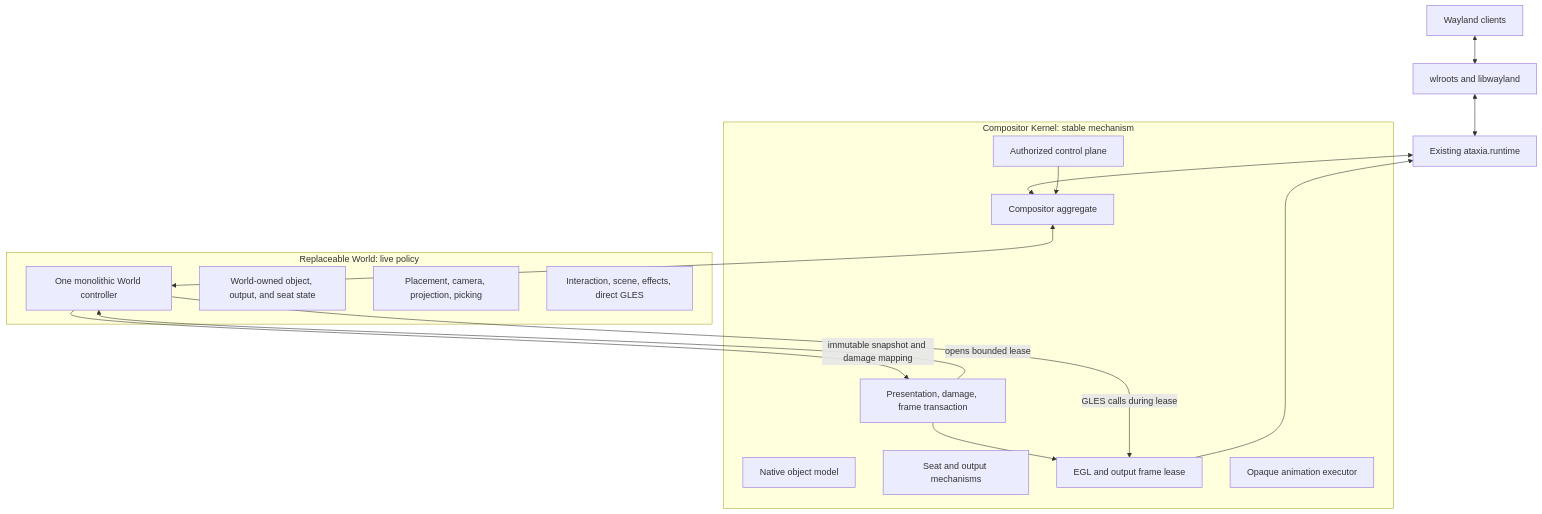
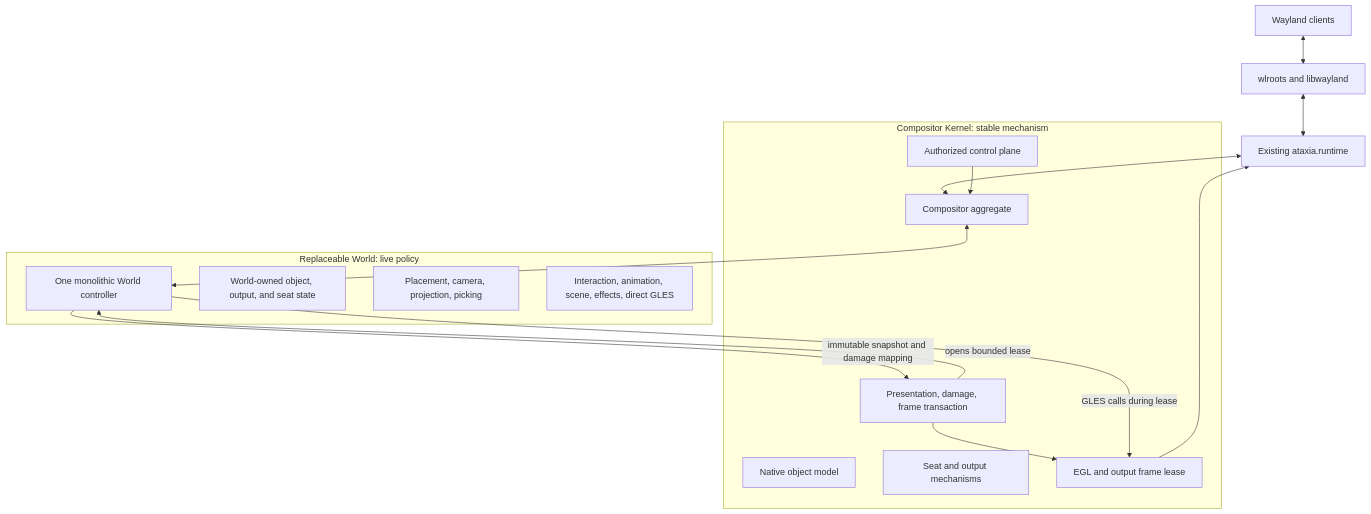
One commit to SeungheonOh/ataxia changed the first of 4 diagrams in docs/POST-RUNTIME-REDESIGN-PLAN.md. Above: the diagram before and after it, drawn with Mermaid. The commit also changed other lines of this file, not shown here.

Commit message:
docs: move animation entirely into world

````diff
--- a/docs/POST-RUNTIME-REDESIGN-PLAN.md
+++ b/docs/POST-RUNTIME-REDESIGN-PLAN.md
@@ -87,31 +87,30 @@
 ```mermaid
 flowchart TD
     CLIENT[Wayland clients] <--> WLR[wlroots and libwayland]
     WLR <--> RT[Existing ataxia.runtime]
 
     subgraph K[Compositor Kernel: stable mechanism]
       ROOT[Compositor aggregate]
       MODEL[Native object model]
       IO[Seat and output mechanisms]
       FRAME[Presentation, damage, frame transaction]
       LEASE[EGL and output frame lease]
-      CLOCK[Opaque animation executor]
       CONTROL[Authorized control plane]
     end
 
     subgraph W[Replaceable World: live policy]
       WORLD[One monolithic World controller]
       META[World-owned object, output, and seat state]
       SPACE[Placement, camera, projection, picking]
-      POLICY[Interaction, scene, effects, direct GLES]
+      POLICY[Interaction, animation, scene, effects, direct GLES]
     end
 
     RT <--> ROOT
     ROOT <--> WORLD
     WORLD -->|immutable snapshot and damage mapping| FRAME
     FRAME -->|opens bounded lease| WORLD
     FRAME --> LEASE
     WORLD -->|GLES calls during lease| LEASE
     LEASE --> RT
     CONTROL --> ROOT
 ```
````
